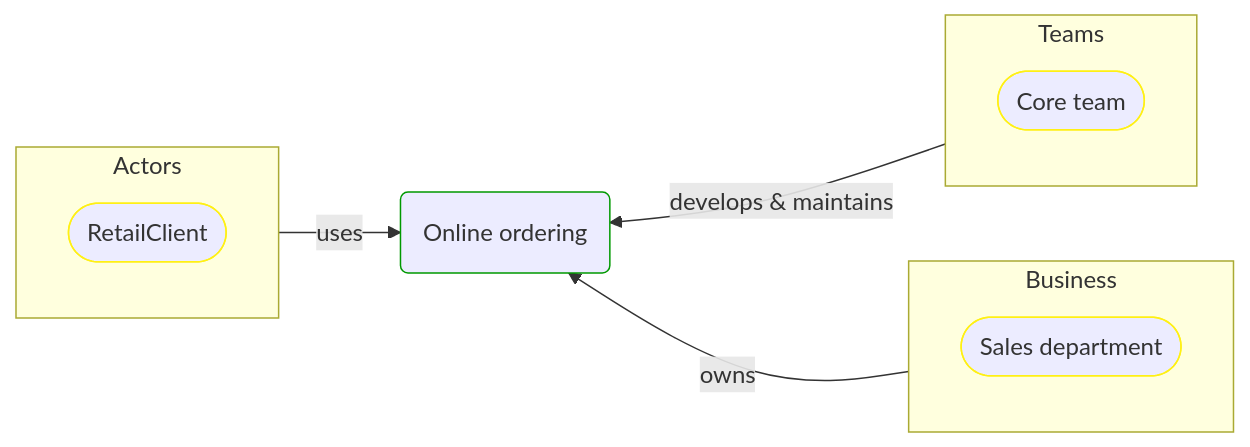
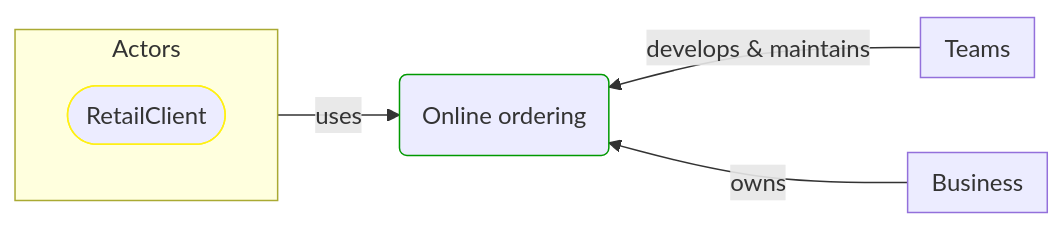
The fourth of 4 diagrams in Docs/P3/MermaidOutput/Processes/Sale/Online ordering/Online ordering.md (itlibrium/DDD-starter-dotnet), drawn with Mermaid before and after one commit. The commit also changed other lines of this file and 174 other files, not shown here.

````diff
--- a/Docs/P3/MermaidOutput/Processes/Sale/Online ordering/Online ordering.md
+++ b/Docs/P3/MermaidOutput/Processes/Sale/Online ordering/Online ordering.md
@@ -77,31 +71,27 @@
 ```mermaid
   flowchart LR
     subgraph 0["Actors"]
       direction TB
       1([RetailClient])
       class 1 PeoplePerspective
     end
     2(Online ordering)
     class 2 DomainPerspective
     0-->|uses|2
     subgraph 3["Teams"]
       direction TB
-      4([Core team])
-      class 4 PeoplePerspective
     end
+    2---3
+    3-->|develops & maintains|2
     3---2
-    3-->|develops & maintains|2
-    2---3
-    subgraph 5["Business"]
+    subgraph 4["Business"]
       direction TB
-      6([Sales department])
-      class 6 PeoplePerspective
     end
-    5---2
-    5-->|owns|2
-    2---5
+    2---4
+    4-->|owns|2
+    4---2
     linkStyle 1,3,4,6 stroke:none
     classDef DomainPerspective stroke:#009900
     classDef TechnologyPerspective stroke:#1F41EB
     classDef PeoplePerspective stroke:#FFF014
 ```
````
